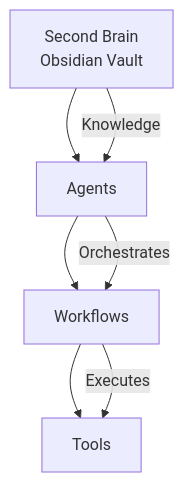
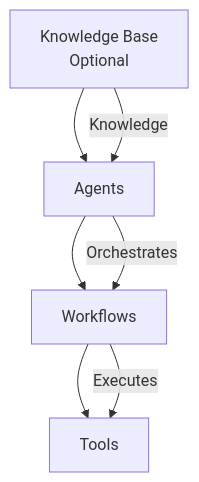
One commit to mellowism/life-os-starter changed the first of 2 diagrams in framework/Life OS Framework.md. Above: the diagram before and after it, drawn with Mermaid. The commit also changed other lines of this file and 11 other files, not shown here.

````diff
--- a/framework/Life OS Framework.md
+++ b/framework/Life OS Framework.md
@@ -46,10 +46,10 @@
 ```mermaid
 graph TD
-    SB[Second Brain<br>Obsidian Vault] --> AG[Agents]
+    KB[Knowledge Base<br>Optional] --> AG[Agents]
     AG --> WF[Workflows]
     WF --> TL[Tools]
 
-    SB -->|Knowledge| AG
+    KB -->|Knowledge| AG
     AG -->|Orchestrates| WF
     WF -->|Executes| TL
 ```
````
